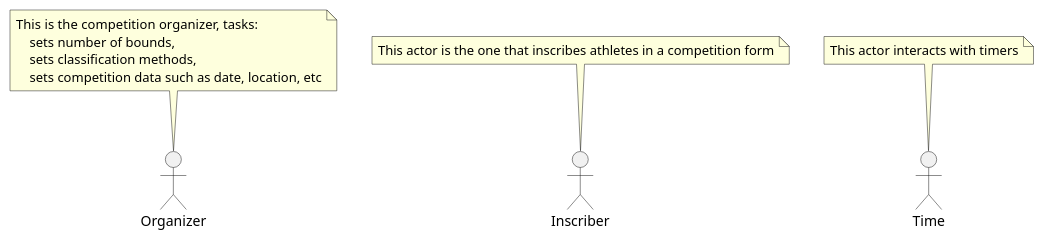
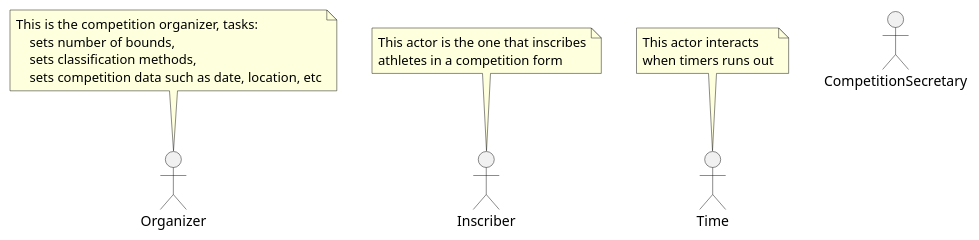
The diagram in usecases/actors.puml (zuldare/mastercloud_pfm_halterocms), drawn with PlantUML before and after one commit.

Commit message:
Added actors

```diff
--- a/usecases/actors.puml
+++ b/usecases/actors.puml
@@ -1,35 +1,27 @@
 @startuml
 
 Organizer as Organizer
 note top of Organizer
 This is the competition organizer, tasks:
     sets number of bounds,
     sets classification methods,
     sets competition data such as date, location, etc
 end note
 
 
 Inscriber as Inscriber
 note top of Inscriber
-This actor is the one that inscribes athletes in a competition form
+This actor is the one that inscribes
+athletes in a competition form
 end note
 
 
 Time as Time
 note top of Time
-This actor interacts with timers
+This actor interacts
+when timers runs out
 end note
 
+CompetitionSecretary as CompetitionSecretary
 
-
-' note right of Admin : This is an example.
-
-'note right of (Use)
-'A note can also
-'be on several lines
-'end note
-'
-'note "This note is connected\nto several objects." as N2
-'(Start) .. N2
-'N2 .. (Use)
 @enduml
```
